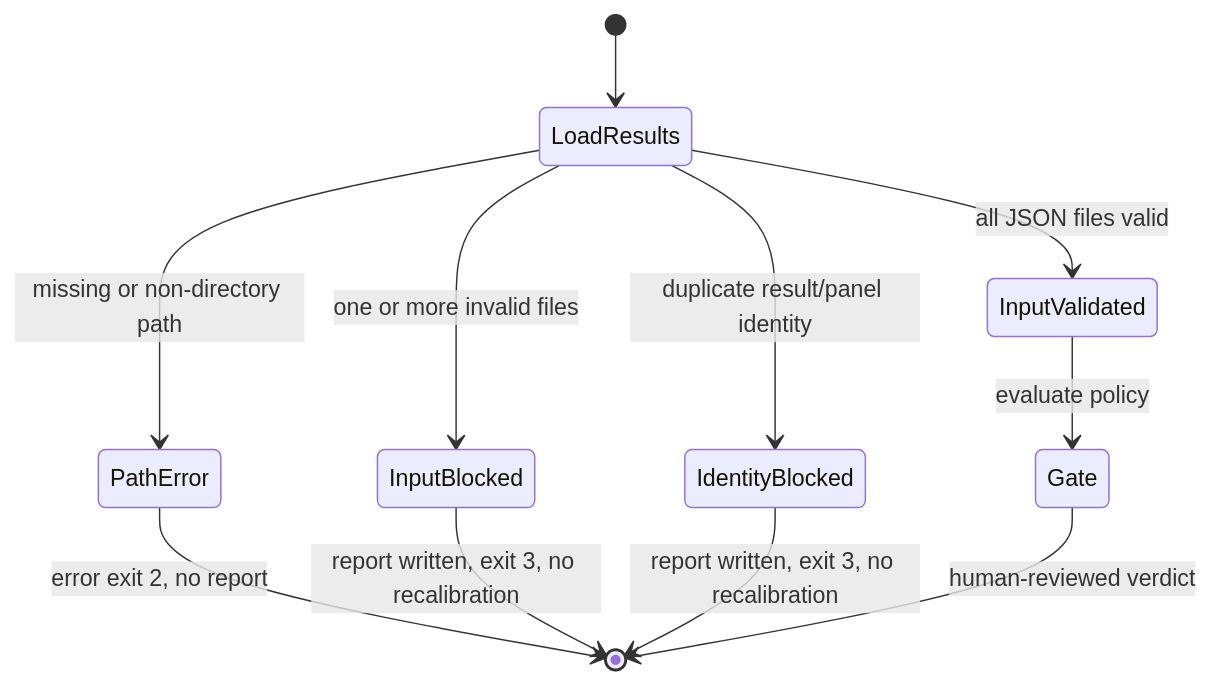
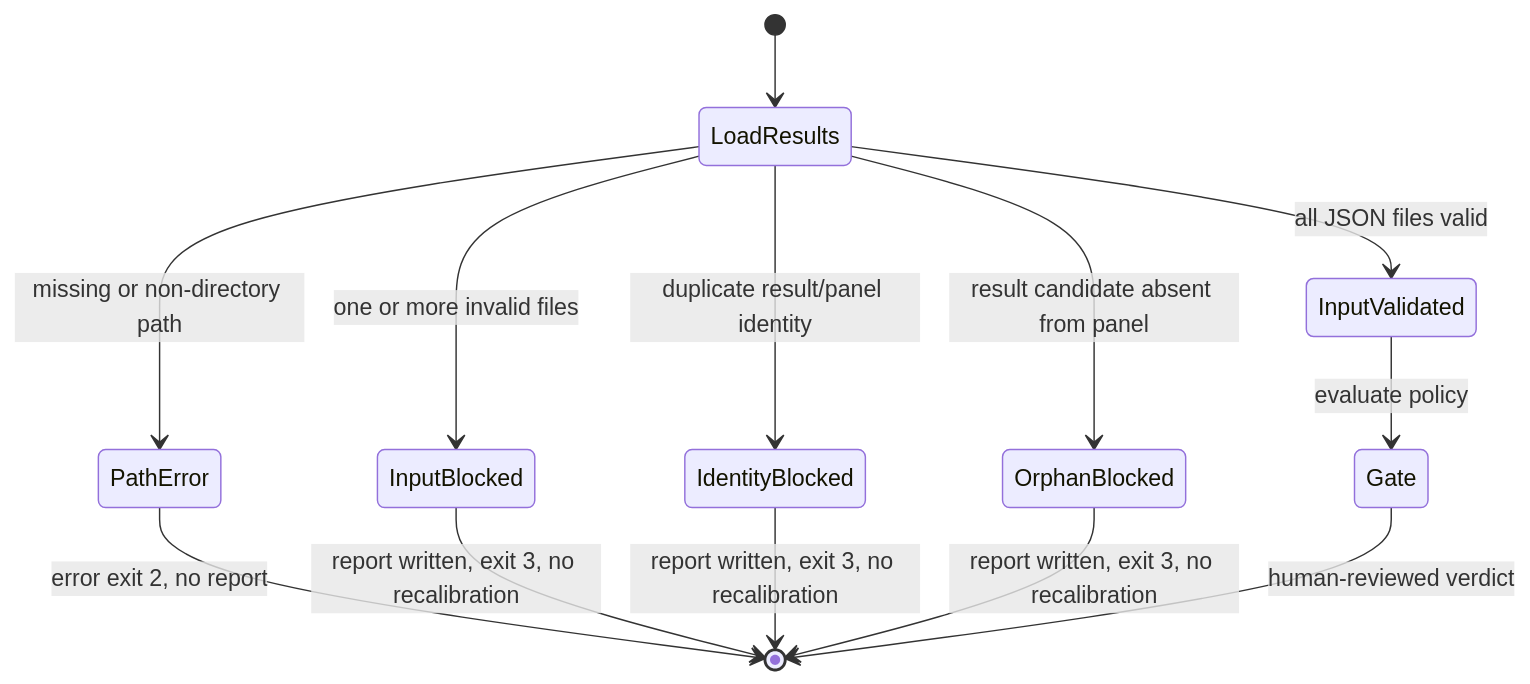
One commit to streamentry/OpenAMP-Foundry changed the fourth of 4 diagrams in tests/calibration/AGENTS.md. Above: the diagram before and after it, drawn with Mermaid. The commit also changed other lines of this file and 10 other files, not shown here.

First line of the commit message:
fix: block orphan lab-result joins

````diff
--- a/tests/calibration/AGENTS.md
+++ b/tests/calibration/AGENTS.md
@@ -59,13 +61,15 @@
 ```mermaid
 stateDiagram-v2
   [*] --> LoadResults
   LoadResults --> InputValidated: all JSON files valid
   LoadResults --> InputBlocked: one or more invalid files
   LoadResults --> IdentityBlocked: duplicate result/panel identity
+  LoadResults --> OrphanBlocked: result candidate absent from panel
   LoadResults --> PathError: missing or non-directory path
   PathError --> [*]: error exit 2, no report
   InputBlocked --> [*]: report written, exit 3, no recalibration
   IdentityBlocked --> [*]: report written, exit 3, no recalibration
+  OrphanBlocked --> [*]: report written, exit 3, no recalibration
   InputValidated --> Gate: evaluate policy
   Gate --> [*]: human-reviewed verdict
 ```
````
